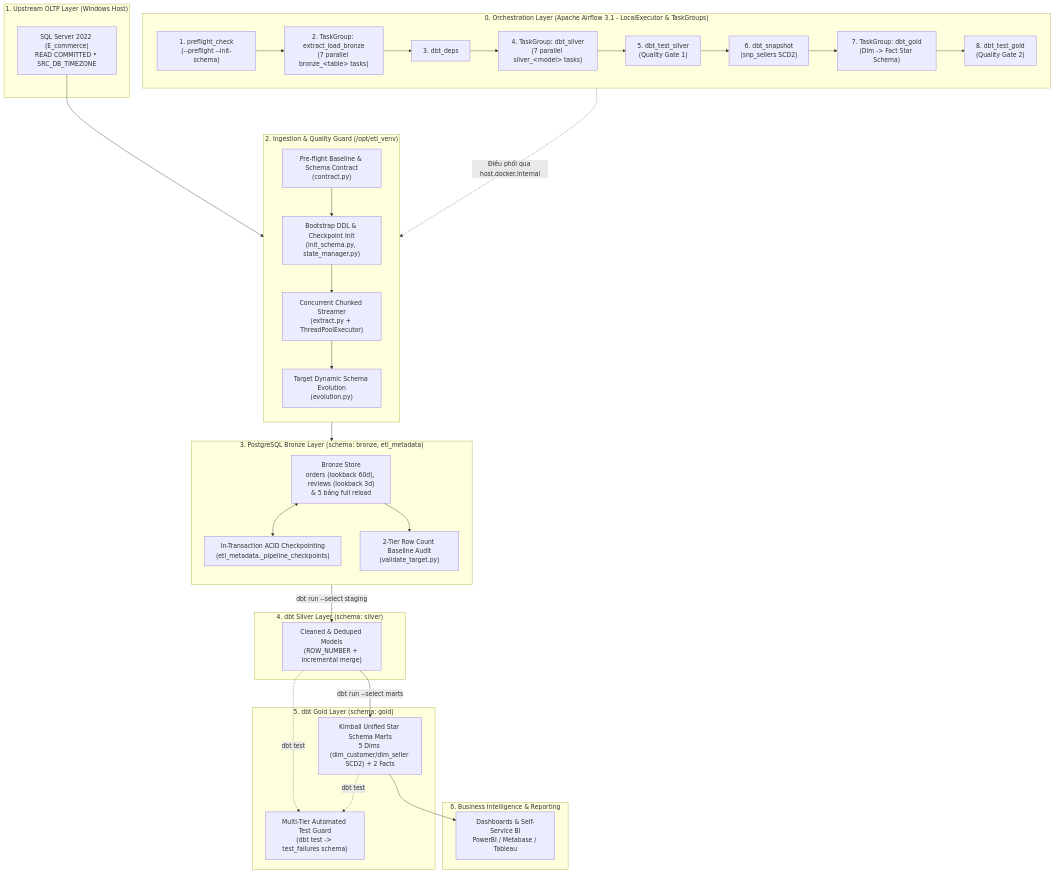
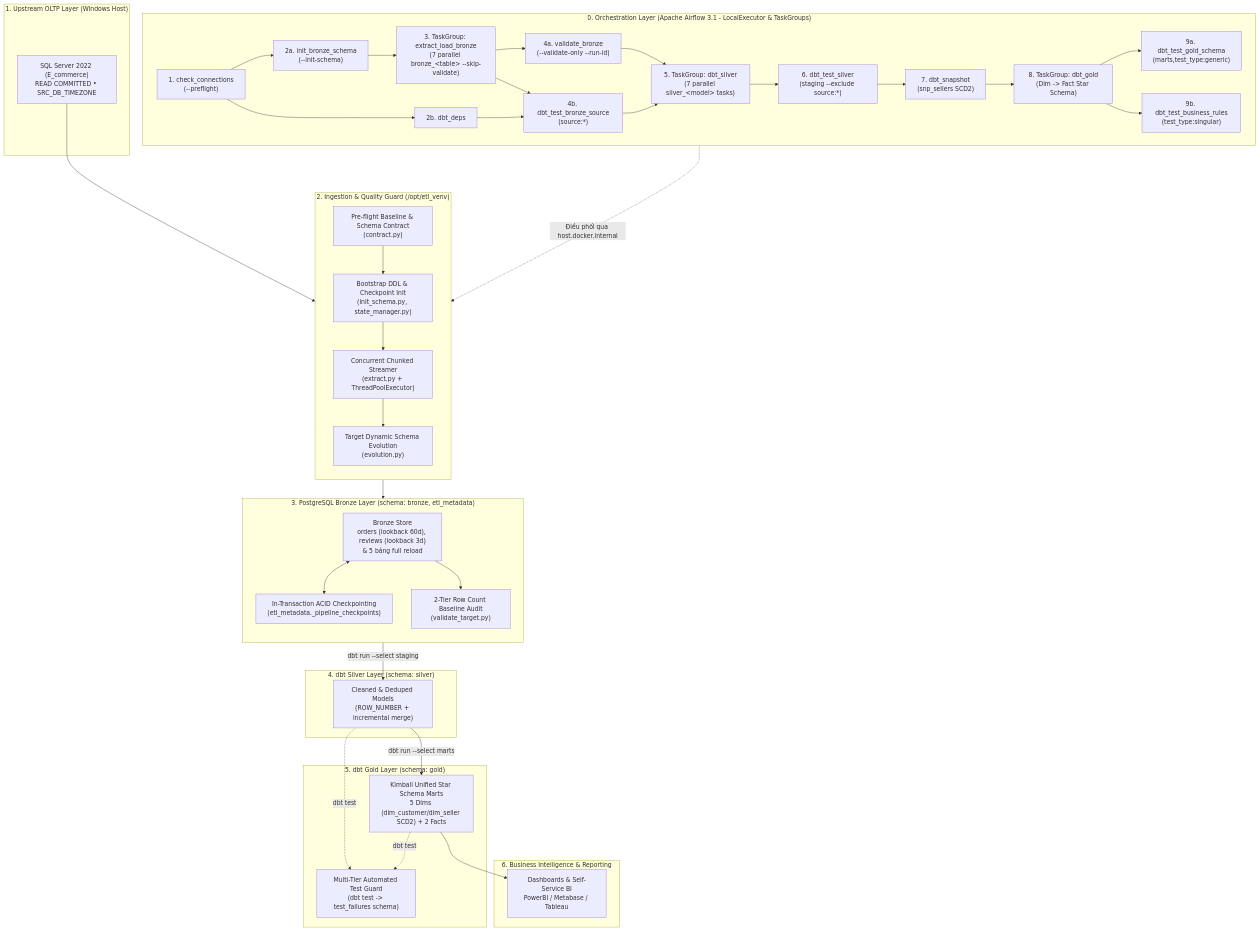
Before and after one commit to phamminhtoan-de/pipeline_ecommerce_olist: the diagram in README.md, drawn with Mermaid. The commit also changed other lines of this file, not shown here.

Commit message:
docs: update README Mermaid flow, structure and CLI commands for split tasks

````diff
--- a/README.md
+++ b/README.md
@@ -33,59 +33,65 @@
 ```mermaid
 flowchart TD
     subgraph S0["0. Orchestration Layer (Apache Airflow 3.1 - LocalExecutor & TaskGroups)"]
         direction LR
-        AF_PF["1. preflight_check<br/>(--preflight --init-schema)"] --> AF_EL["2. TaskGroup: extract_load_bronze<br/>(7 parallel bronze_&lt;table&gt; tasks)"]
-        AF_EL --> AF_DP["3. dbt_deps"]
-        AF_DP --> AF_SLV["4. TaskGroup: dbt_silver<br/>(7 parallel silver_&lt;model&gt; tasks)"]
-        AF_SLV --> AF_TS["5. dbt_test_silver<br/>(Quality Gate 1)"]
-        AF_TS --> AF_SNP["6. dbt_snapshot<br/>(snp_sellers SCD2)"]
-        AF_SNP --> AF_GLD["7. TaskGroup: dbt_gold<br/>(Dim -> Fact Star Schema)"]
-        AF_GLD --> AF_TG["8. dbt_test_gold<br/>(Quality Gate 2)"]
+        AF_CHK["1. check_connections<br/>(--preflight)"] --> AF_INIT["2a. init_bronze_schema<br/>(--init-schema)"]
+        AF_CHK --> AF_DP["2b. dbt_deps"]
+        AF_INIT --> AF_EL["3. TaskGroup: extract_load_bronze<br/>(7 parallel bronze_&lt;table&gt; --skip-validate)"]
+        AF_EL --> AF_VAL["4a. validate_bronze<br/>(--validate-only --run-id)"]
+        AF_EL --> AF_TB["4b. dbt_test_bronze_source<br/>(source:*)"]
+        AF_DP --> AF_TB
+        AF_VAL --> AF_SLV["5. TaskGroup: dbt_silver<br/>(7 parallel silver_&lt;model&gt; tasks)"]
+        AF_TB --> AF_SLV
+        AF_SLV --> AF_TS["6. dbt_test_silver<br/>(staging --exclude source:*)"]
+        AF_TS --> AF_SNP["7. dbt_snapshot<br/>(snp_sellers SCD2)"]
+        AF_SNP --> AF_GLD["8. TaskGroup: dbt_gold<br/>(Dim -> Fact Star Schema)"]
+        AF_GLD --> AF_TGS["9a. dbt_test_gold_schema<br/>(marts,test_type:generic)"]
+        AF_GLD --> AF_TBR["9b. dbt_test_business_rules<br/>(test_type:singular)"]
     end
 
     subgraph S1["1. Upstream OLTP Layer (Windows Host)"]
         SS["SQL Server 2022 (E_commerce)<br/>READ COMMITTED • SRC_DB_TIMEZONE"]
     end
 
     subgraph S2["2. Ingestion & Quality Guard (/opt/etl_venv)"]
         direction TB
         BC["Pre-flight Baseline & Schema Contract<br/>(contract.py)"]
         INIT["Bootstrap DDL & Checkpoint Init<br/>(init_schema.py, state_manager.py)"]
         EX["Concurrent Chunked Streamer<br/>(extract.py + ThreadPoolExecutor)"]
         EVO["Target Dynamic Schema Evolution<br/>(evolution.py)"]
         SS --> BC
         BC --> INIT
         INIT --> EX
         EX --> EVO
     end
 
     subgraph S3["3. PostgreSQL Bronze Layer (schema: bronze, etl_metadata)"]
         direction TB
         BRZ["Bronze Store<br/>orders (lookback 60d), reviews (lookback 3d)<br/>&amp; 5 bảng full reload"]
         CKP["In-Transaction ACID Checkpointing<br/>(etl_metadata._pipeline_checkpoints)"]
         AUD["2-Tier Row Count Baseline Audit<br/>(validate_target.py)"]
         EVO --> BRZ
         BRZ <--> CKP
         BRZ --> AUD
     end
 
     subgraph S4["4. dbt Silver Layer (schema: silver)"]
         STG["Cleaned &amp; Deduped Models<br/>(ROW_NUMBER + incremental merge)"]
         AUD -->|"dbt run --select staging"| STG
     end
 
     subgraph S5["5. dbt Gold Layer (schema: gold)"]
         GOLD["Kimball Unified Star Schema Marts<br/>5 Dims (dim_customer/dim_seller SCD2) + 2 Facts"]
         TST["Multi-Tier Automated Test Guard<br/>(dbt test -> test_failures schema)"]
         STG -->|"dbt run --select marts"| GOLD
         STG -.->|"dbt test"| TST
         GOLD -.->|"dbt test"| TST
     end
 
     subgraph S6["6. Business Intelligence &amp; Reporting"]
         BI["Dashboards &amp; Self-Service BI<br/>PowerBI / Metabase / Tableau"]
         GOLD --> BI
     end
 
     S0 -.->|"Điều phối qua host.docker.internal"| S2
 ```
````
